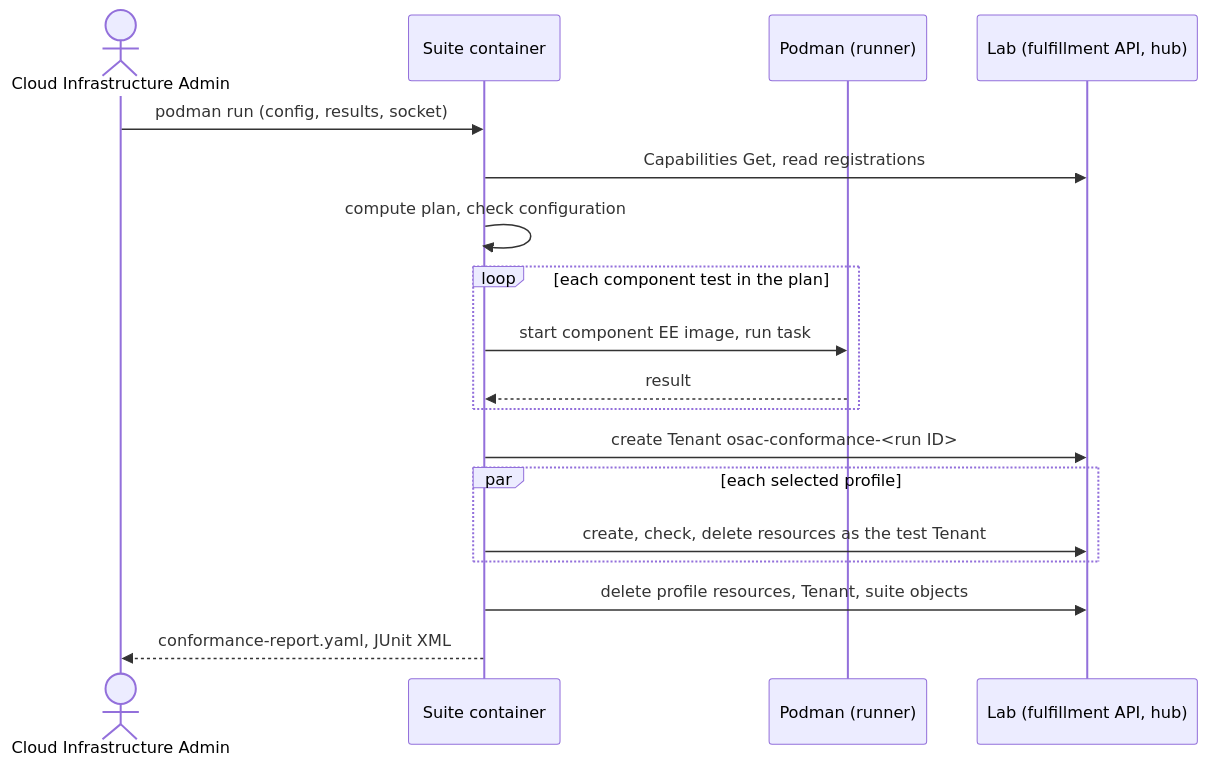
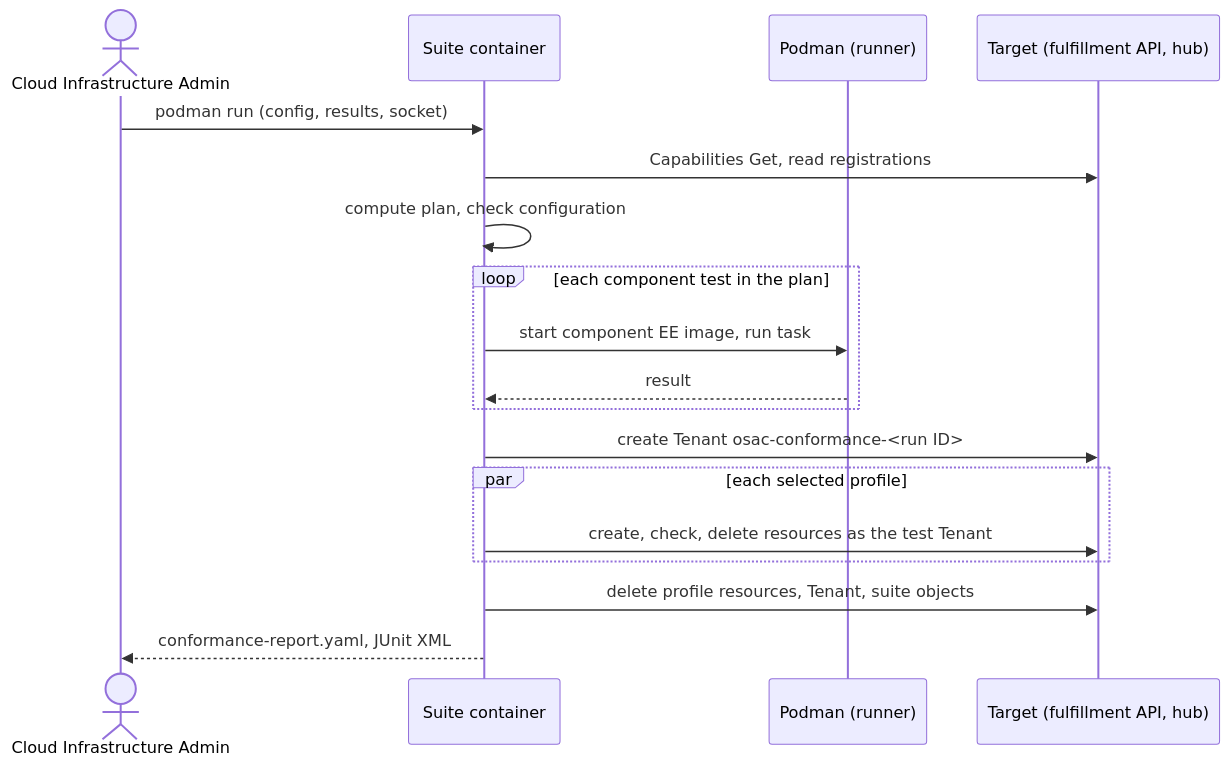
One commit to osac-project/enhancement-proposals changed the second of 2 diagrams in enhancements/OSAC-7068-conformance-suite/design.md. Above: the diagram before and after it, drawn with Mermaid. The commit also changed other lines of this file and 4 other files, not shown here.

First line of the commit message:
OSAC-7068: rename lab to target and area to domain

````diff
--- a/enhancements/OSAC-7068-conformance-suite/design.md
+++ b/enhancements/OSAC-7068-conformance-suite/design.md
@@ -108,20 +108,20 @@
 ```mermaid
 sequenceDiagram
     actor Admin as Cloud Infrastructure Admin
     participant Suite as Suite container
     participant Podman as Podman (runner)
-    participant Lab as Lab (fulfillment API, hub)
+    participant Target as Target (fulfillment API, hub)
     Admin->>Suite: podman run (config, results, socket)
-    Suite->>Lab: Capabilities Get, read registrations
+    Suite->>Target: Capabilities Get, read registrations
     Suite->>Suite: compute plan, check configuration
     loop each component test in the plan
         Suite->>Podman: start component EE image, run task
         Podman-->>Suite: result
     end
-    Suite->>Lab: create Tenant osac-conformance-<run ID>
+    Suite->>Target: create Tenant osac-conformance-<run ID>
     par each selected profile
-        Suite->>Lab: create, check, delete resources as the test Tenant
+        Suite->>Target: create, check, delete resources as the test Tenant
     end
-    Suite->>Lab: delete profile resources, Tenant, suite objects
+    Suite->>Target: delete profile resources, Tenant, suite objects
     Suite-->>Admin: conformance-report.yaml, JUnit XML
 ```
````
